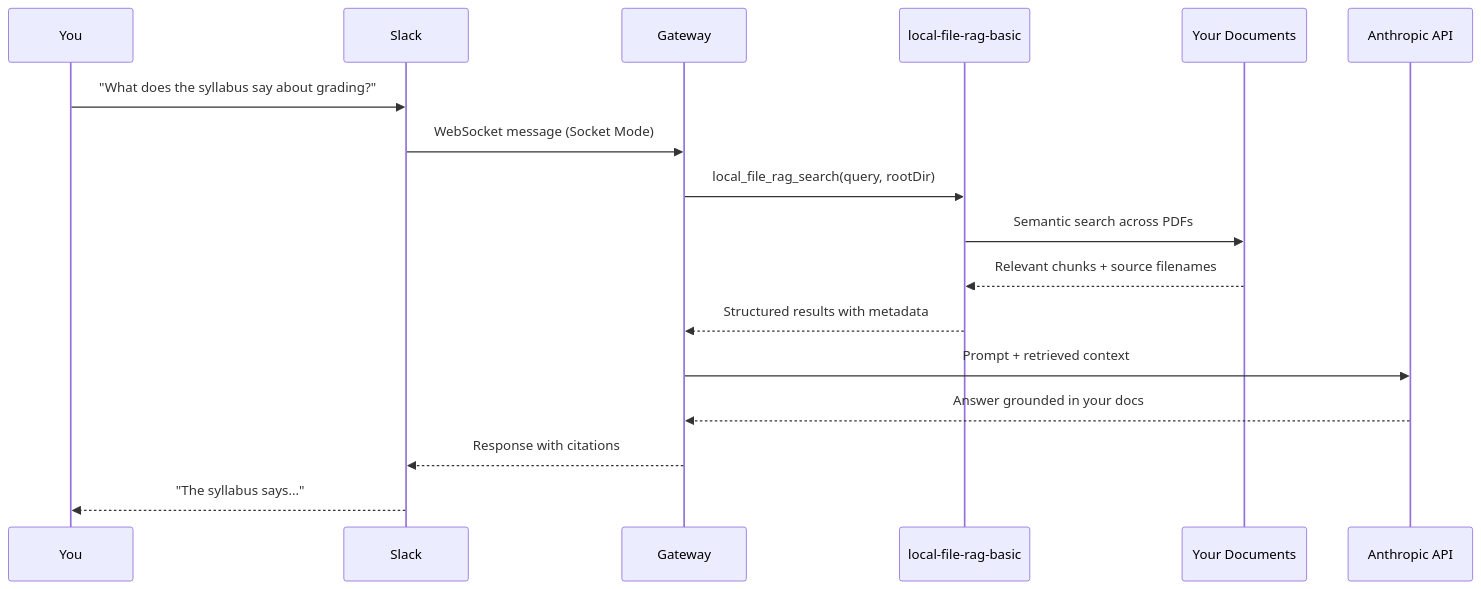
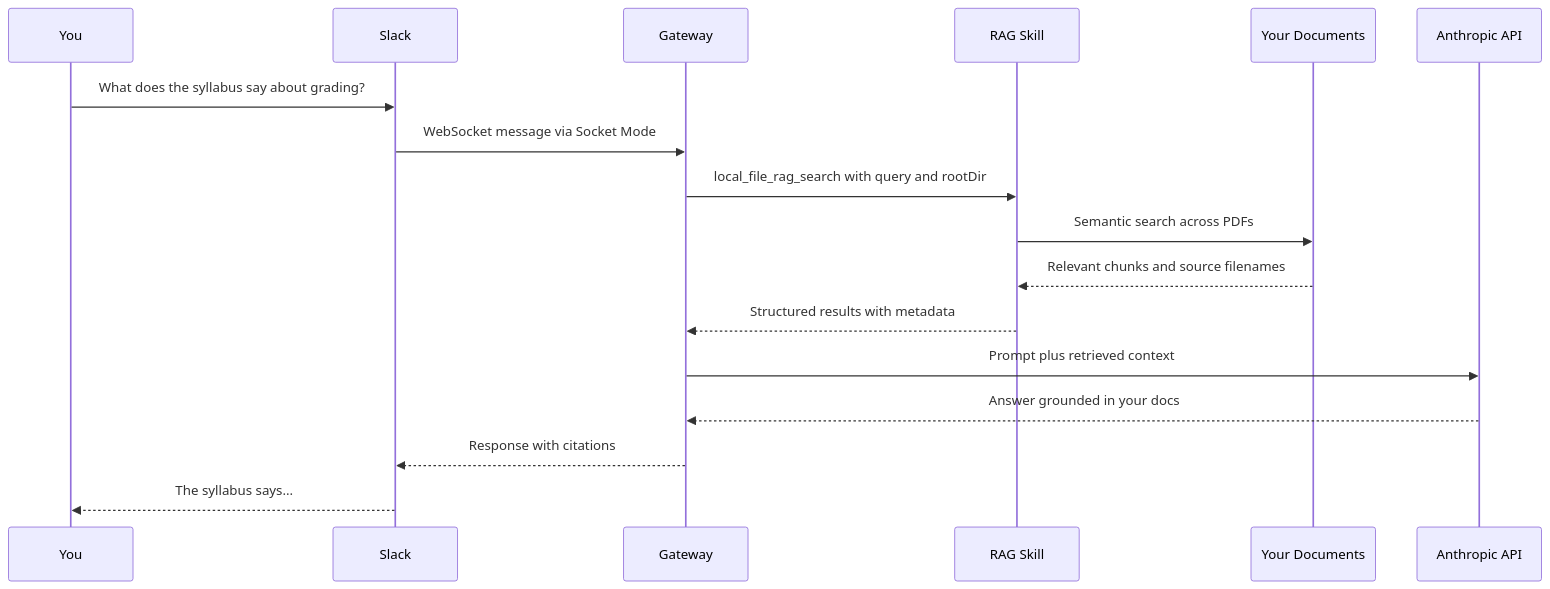
The fourth of 4 diagrams in docs/README.md (iportilla/4120-Intro), drawn with Mermaid before and after one commit. The commit also changed other lines of this file, not shown here.

````diff
--- a/docs/README.md
+++ b/docs/README.md
@@ -100,20 +100,20 @@
 ```mermaid
 sequenceDiagram
     participant You
     participant Slack
     participant Gateway
-    participant RAG as local-file-rag-basic
+    participant RAG as RAG Skill
     participant Docs as Your Documents
     participant Claude as Anthropic API
 
-    You->>Slack: "What does the syllabus say about grading?"
-    Slack->>Gateway: WebSocket message (Socket Mode)
-    Gateway->>RAG: local_file_rag_search(query, rootDir)
+    You->>Slack: What does the syllabus say about grading?
+    Slack->>Gateway: WebSocket message via Socket Mode
+    Gateway->>RAG: local_file_rag_search with query and rootDir
     RAG->>Docs: Semantic search across PDFs
-    Docs-->>RAG: Relevant chunks + source filenames
+    Docs-->>RAG: Relevant chunks and source filenames
     RAG-->>Gateway: Structured results with metadata
-    Gateway->>Claude: Prompt + retrieved context
+    Gateway->>Claude: Prompt plus retrieved context
     Claude-->>Gateway: Answer grounded in your docs
     Gateway-->>Slack: Response with citations
-    Slack-->>You: "The syllabus says..."
+    Slack-->>You: The syllabus says...
 ```
````
